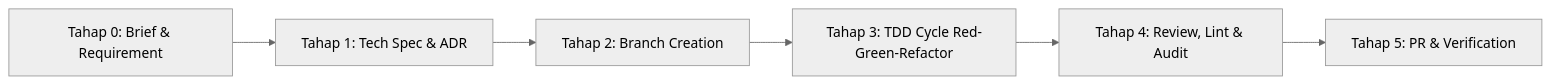
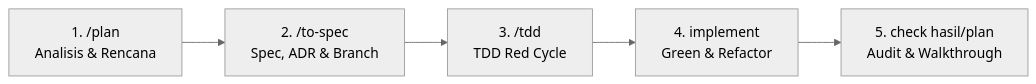
One commit to rafliiar17/buanasphere changed the diagram in AGENTS.md. Above: the diagram before and after it, drawn with Mermaid (neutral theme). The commit also changed other lines of this file and 3 other files, not shown here.

Commit message:
docs(rules): update SDLC workflow to explicit 5-step pipeline /plan -> /to-spec -> /tdd -> implement -> check hasil/plan

````diff
--- a/AGENTS.md
+++ b/AGENTS.md
@@ -140,8 +142,7 @@
 ```mermaid
 graph LR
-    S0[Tahap 0: Brief & Requirement] --> S1[Tahap 1: Tech Spec & ADR]
-    S1 --> S2[Tahap 2: Branch Creation]
-    S2 --> S3[Tahap 3: TDD Cycle Red-Green-Refactor]
-    S3 --> S4[Tahap 4: Review, Lint & Audit]
-    S4 --> S5[Tahap 5: PR & Verification]
+    P1["1. /plan<br/>Analisis & Rencana"] --> P2["2. /to-spec<br/>Spec, ADR & Branch"]
+    P2 --> P3["3. /tdd<br/>TDD Red Cycle"]
+    P3 --> P4["4. implement<br/>Green & Refactor"]
+    P4 --> P5["5. check hasil/plan<br/>Audit & Walkthrough"]
 ```
````
